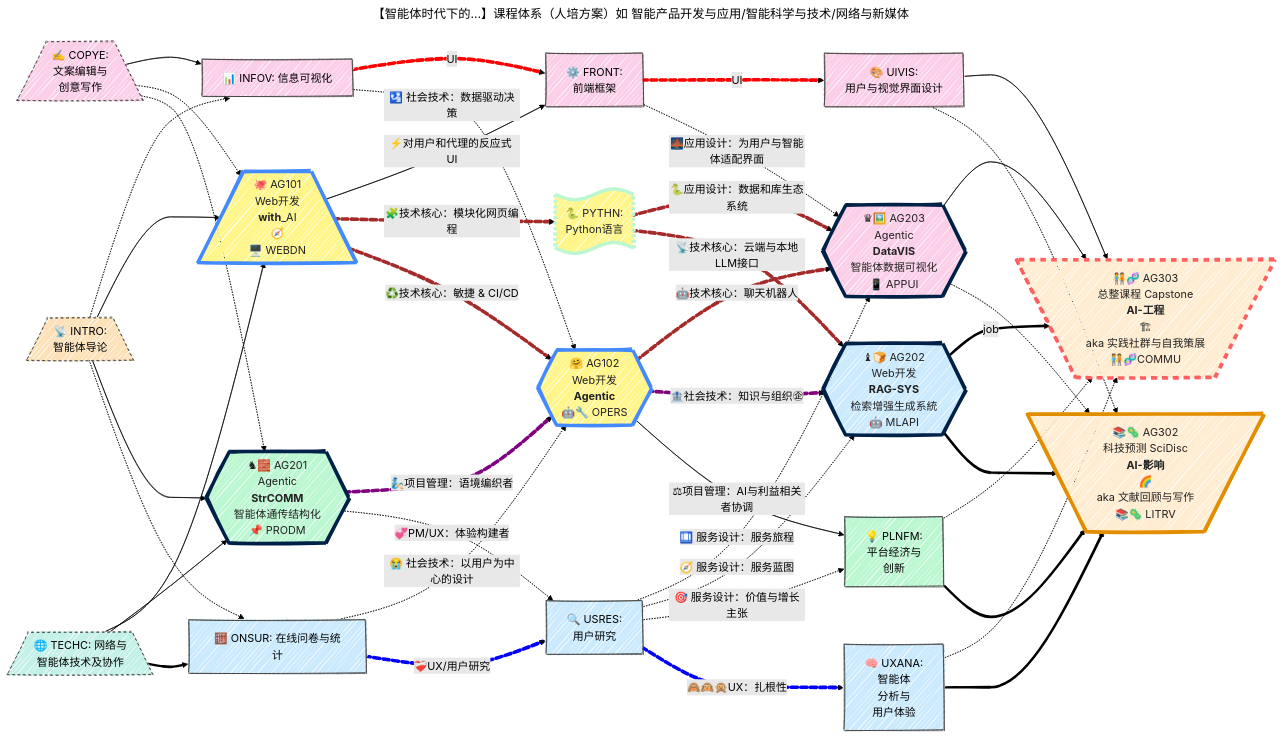
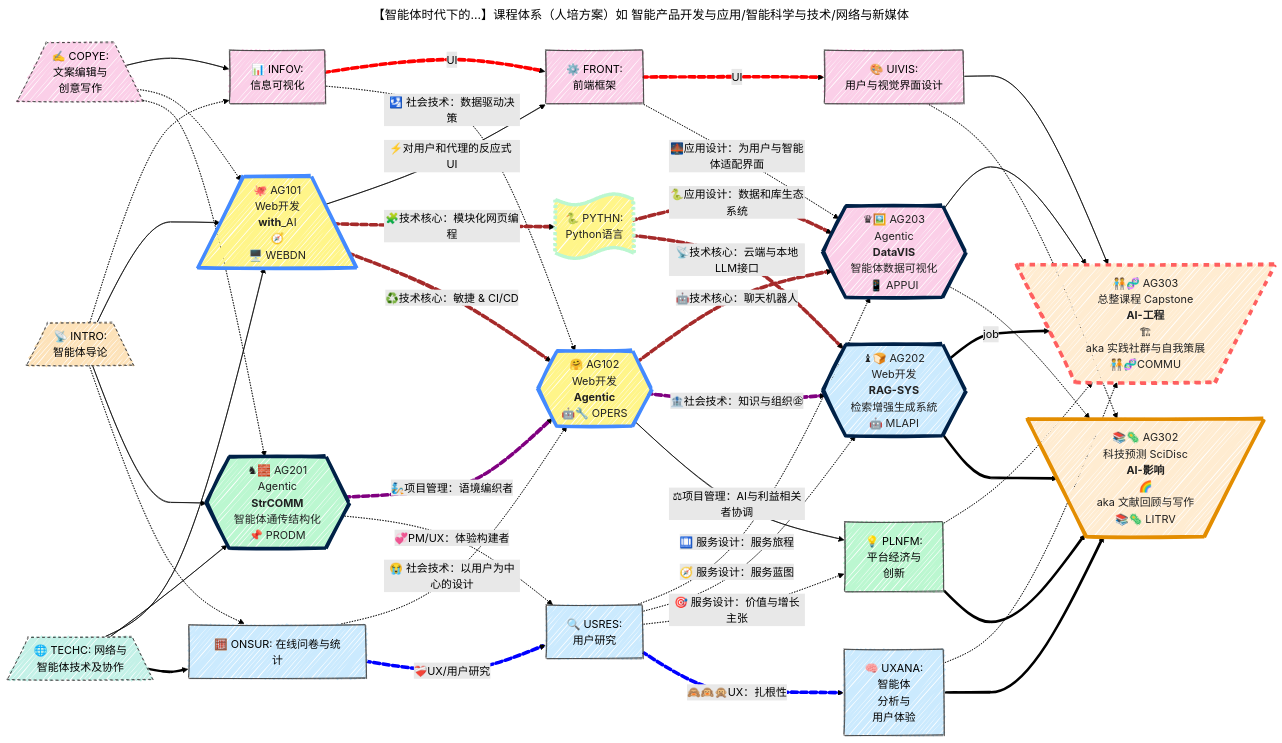
One commit to oxfordroadmap/vis changed the diagram in content/_snippet_/curriculum_full.zh.md. Above: the diagram before and after it, drawn with Mermaid (forest theme). The commit also changed 310 other files, not shown here.

```diff
--- a/content/_snippet_/curriculum_full.zh.md
+++ b/content/_snippet_/curriculum_full.zh.md
@@ -19,8 +19,8 @@
     INFOV eUI1@==UI==> FRONT["⚙️ FRONT: <br/>前端框架"]
     FRONT eUI2@==UI==> UIVIS["🎨 UIVIS: <br/>用户与视觉界面设计"]
 
-    COPYE["✍️ COPYE: <br/>文案编辑与<br/>创意写作"] --> INFOV["📊 INFOV: 信息可视化"]
-    INTRO -.-> INFOV
+    COPYE["✍️ COPYE: <br/>文案编辑与<br/>创意写作"] --> INFOV
+    INTRO -.-> INFOV["📊 INFOV: <br/>信息可视化"]
     COPYE -.-> WEBDN
     INTRO --> WEBDN
     TECHC["🌐 TECHC: 网络与<br/>智能体技术及协作"] --> WEBDN
```
